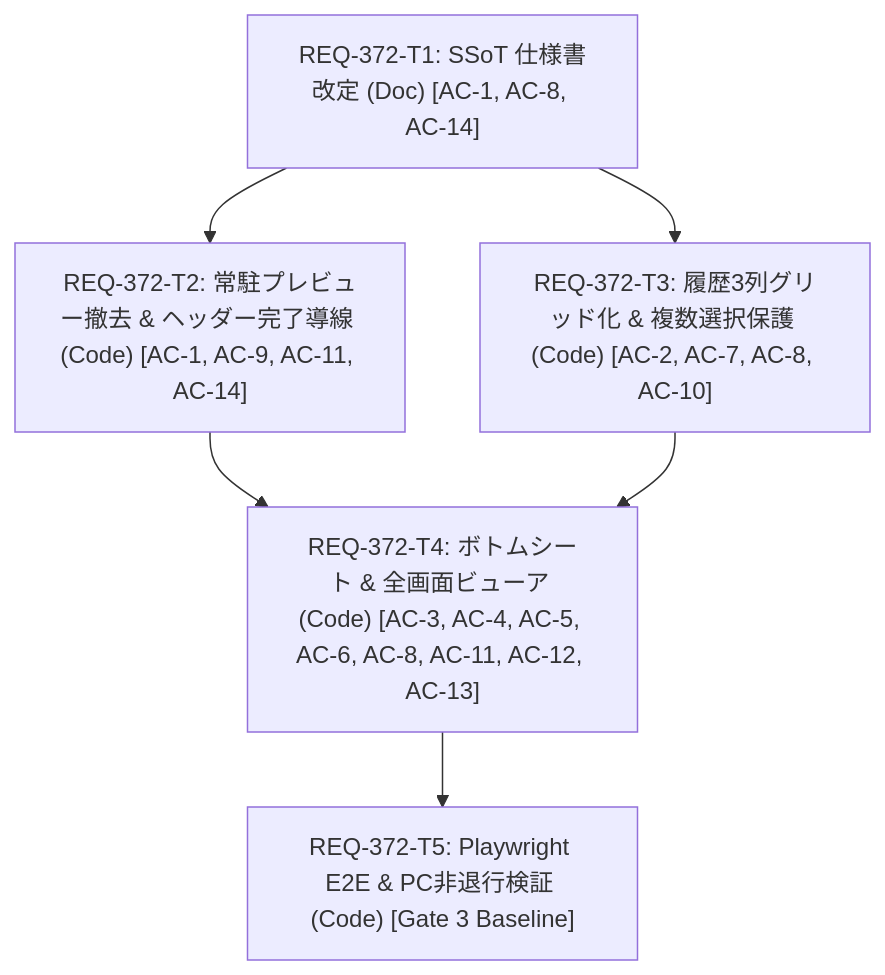
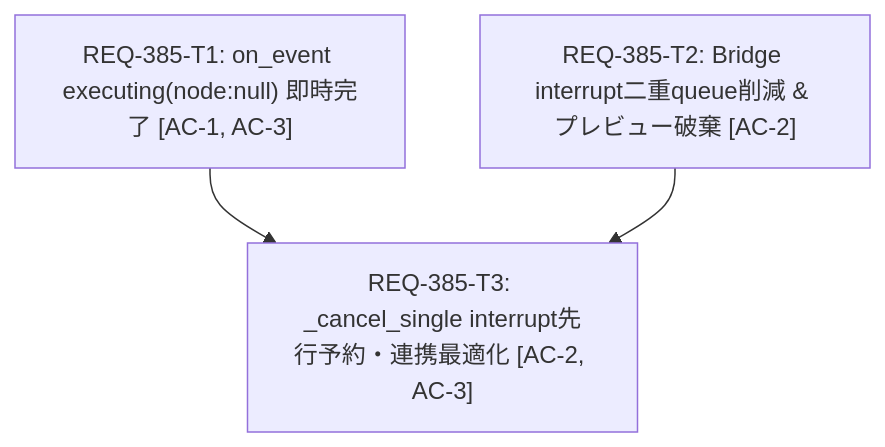
The diagram in implementation_plan.md (TAKE4548/comfy-create-helper2), drawn with Mermaid before and after one commit. The commit also changed other lines of this file and 15 other files, not shown here.

````diff
--- a/implementation_plan.md
+++ b/implementation_plan.md
@@ -32,14 +29,9 @@
 ```mermaid
 graph TD
-  REQ-372-T1["REQ-372-T1: SSoT 仕様書改定 (Doc) [AC-1, AC-8, AC-14]"]
-  REQ-372-T2["REQ-372-T2: 常駐プレビュー撤去 & ヘッダー完了導線 (Code) [AC-1, AC-9, AC-11, AC-14]"]
-  REQ-372-T3["REQ-372-T3: 履歴3列グリッド化 & 複数選択保護 (Code) [AC-2, AC-7, AC-8, AC-10]"]
-  REQ-372-T4["REQ-372-T4: ボトムシート & 全画面ビューア (Code) [AC-3, AC-4, AC-5, AC-6, AC-8, AC-11, AC-12, AC-13]"]
-  REQ-372-T5["REQ-372-T5: Playwright E2E & PC非退行検証 (Code) [Gate 3 Baseline]"]
+  REQ-385-T1["REQ-385-T1: on_event executing(node:null) 即時完了 [AC-1, AC-3]"]
+  REQ-385-T2["REQ-385-T2: Bridge interrupt二重queue削減 & プレビュー破棄 [AC-2]"]
+  REQ-385-T3["REQ-385-T3: _cancel_single interrupt先行予約・連携最適化 [AC-2, AC-3]"]
 
-  REQ-372-T1 --> REQ-372-T2
-  REQ-372-T1 --> REQ-372-T3
-  REQ-372-T2 --> REQ-372-T4
-  REQ-372-T3 --> REQ-372-T4
-  REQ-372-T4 --> REQ-372-T5
+  REQ-385-T1 --> REQ-385-T3
+  REQ-385-T2 --> REQ-385-T3
 ```
````
